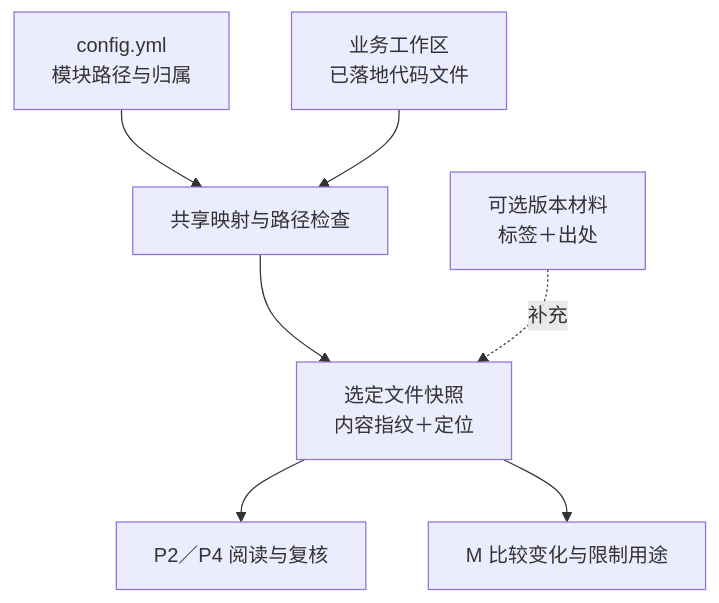
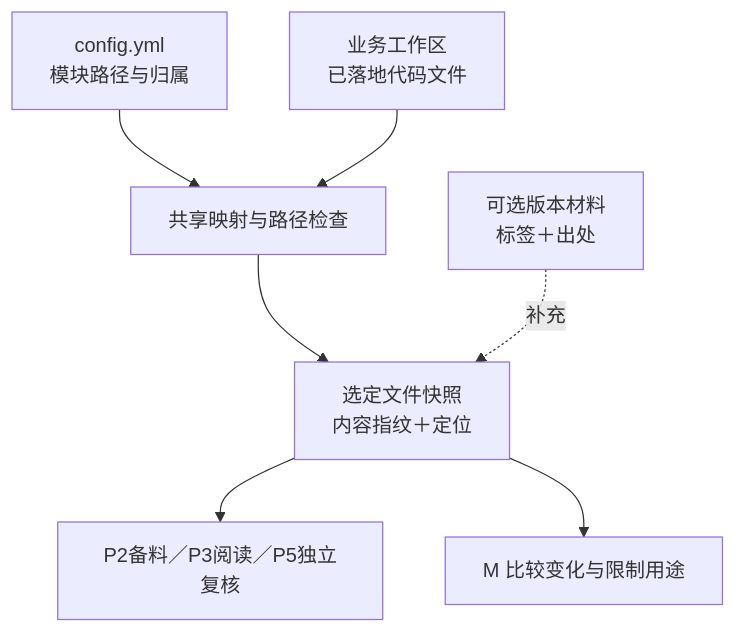
The third of 4 diagrams in himate-knowledge-wifi-mp/docs-llm-wiki/知识库关键点.md (Robin-hhc/FactumCore), drawn with Mermaid before and after one commit. The commit also changed other lines of this file and 323 other files, not shown here.

````diff
--- a/himate-knowledge-wifi-mp/docs-llm-wiki/知识库关键点.md
+++ b/himate-knowledge-wifi-mp/docs-llm-wiki/知识库关键点.md
@@ -86,9 +86,9 @@
 ```mermaid
 flowchart TD
     CONFIG["config.yml<br/>模块路径与归属"] --> MAP["共享映射与路径检查"]
     CHECKOUT["业务工作区<br/>已落地代码文件"] --> MAP
     MAP --> FILES["选定文件快照<br/>内容指纹＋定位"]
     VERSION["可选版本材料<br/>标签＋出处"] -.补充.-> FILES
-    FILES --> READ["P2／P4 阅读与复核"]
+    FILES --> READ["P2备料／P3阅读／P5独立复核"]
     FILES --> CHANGE["M 比较变化与限制用途"]
 ```
````
